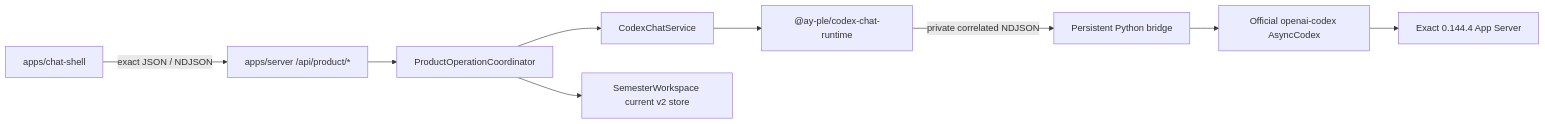
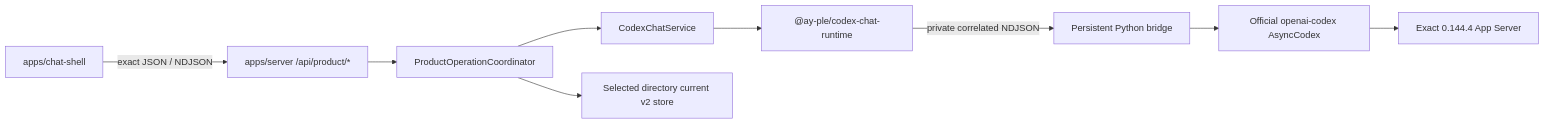
The diagram in docs/architecture/codex-chat-implementation-map.md (Mureung1/hub-showcase), drawn with Mermaid before and after one commit. The commit also changed other lines of this file and 27 other files, not shown here.

````diff
--- a/docs/architecture/codex-chat-implementation-map.md
+++ b/docs/architecture/codex-chat-implementation-map.md
@@ -44,21 +46,21 @@
 ```mermaid
 flowchart LR
   Shell["apps/chat-shell"]
   ProductHttp["apps/server /api/product/*"]
   Coordinator["ProductOperationCoordinator"]
   Service["CodexChatService"]
   Runtime["@ay-ple/codex-chat-runtime"]
   Python["Persistent Python bridge"]
   SDK["Official openai-codex AsyncCodex"]
   Native["Exact 0.144.4 App Server"]
-  Store["SemesterWorkspace current v2 store"]
+  Store["Selected directory current v2 store"]
 
   Shell -->|"exact JSON / NDJSON"| ProductHttp
   ProductHttp --> Coordinator
   Coordinator --> Store
   Coordinator --> Service
   Service --> Runtime
   Runtime -->|"private correlated NDJSON"| Python
   Python --> SDK
   SDK --> Native
 ```
````
